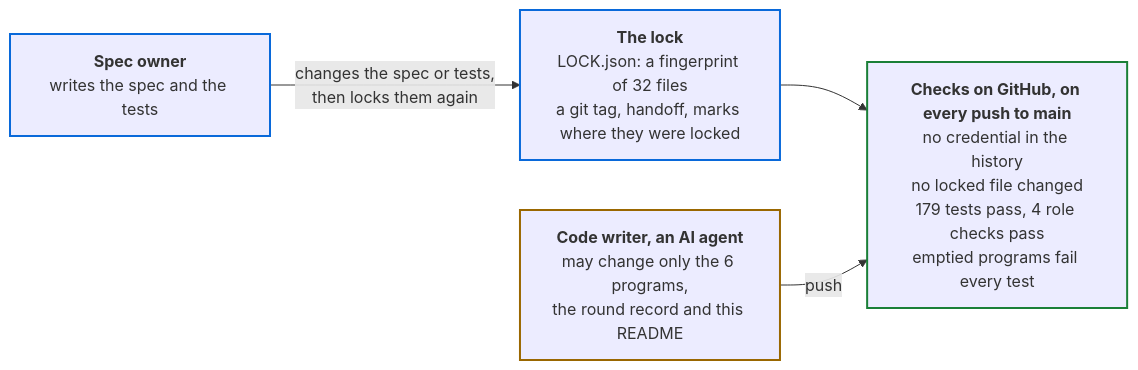
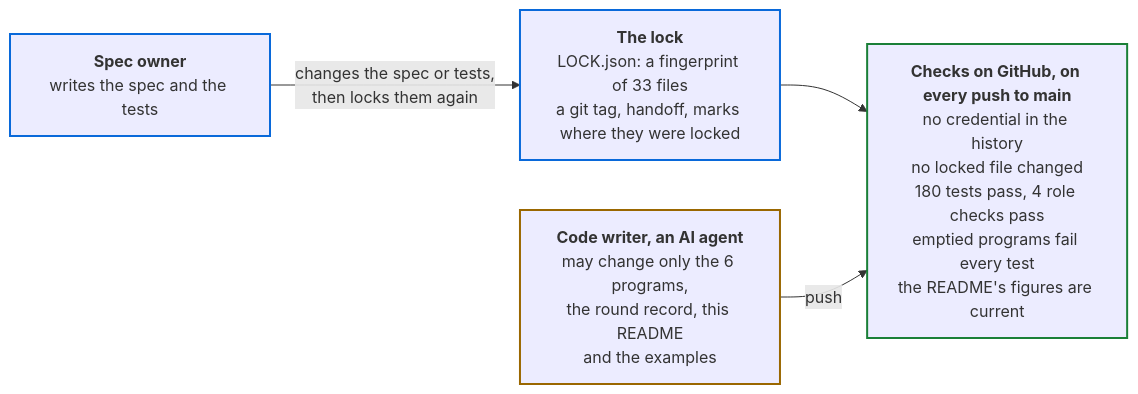
Before and after one commit to PaulDuvall/adlc-security-reviewer: the fourth of 4 diagrams in README.md, drawn with Mermaid. The commit also changed other lines of this file and 15 other files, not shown here.

First line of the commit message:
Reopen: examples/ is the code writer's, its answers checked, and the README kept current

````diff
--- a/README.md
+++ b/README.md
@@ -287,16 +291,16 @@
 ```mermaid
 flowchart LR
   so["<b>Spec owner</b><br/>writes the spec and the tests"]
-  lock["<b>The lock</b><br/>LOCK.json: a fingerprint of 32 files<br/>a git tag, handoff, marks where they were locked"]
-  cw["<b>Code writer, an AI agent</b><br/>may change only the 6 programs,<br/>the round record and this README"]
-  ci["<b>Checks on GitHub, on every push to main</b><br/>no credential in the history<br/>no locked file changed<br/>179 tests pass, 4 role checks pass<br/>emptied programs fail every test"]
+  lock["<b>The lock</b><br/>LOCK.json: a fingerprint of 33 files<br/>a git tag, handoff, marks where they were locked"]
+  cw["<b>Code writer, an AI agent</b><br/>may change only the 6 programs,<br/>the round record, this README<br/>and the examples"]
+  ci["<b>Checks on GitHub, on every push to main</b><br/>no credential in the history<br/>no locked file changed<br/>180 tests pass, 4 role checks pass<br/>emptied programs fail every test<br/>the README's figures are current"]
   so -->|"changes the spec or tests,<br/>then locks them again"| lock
   lock --> ci
   cw -->|"push"| ci
   classDef owner stroke:#0969da,stroke-width:2px
   classDef agent stroke:#9a6700,stroke-width:2px
   classDef gate stroke:#1a7f37,stroke-width:2px
   class so,lock owner
   class cw agent
   class ci gate
 ```
````
